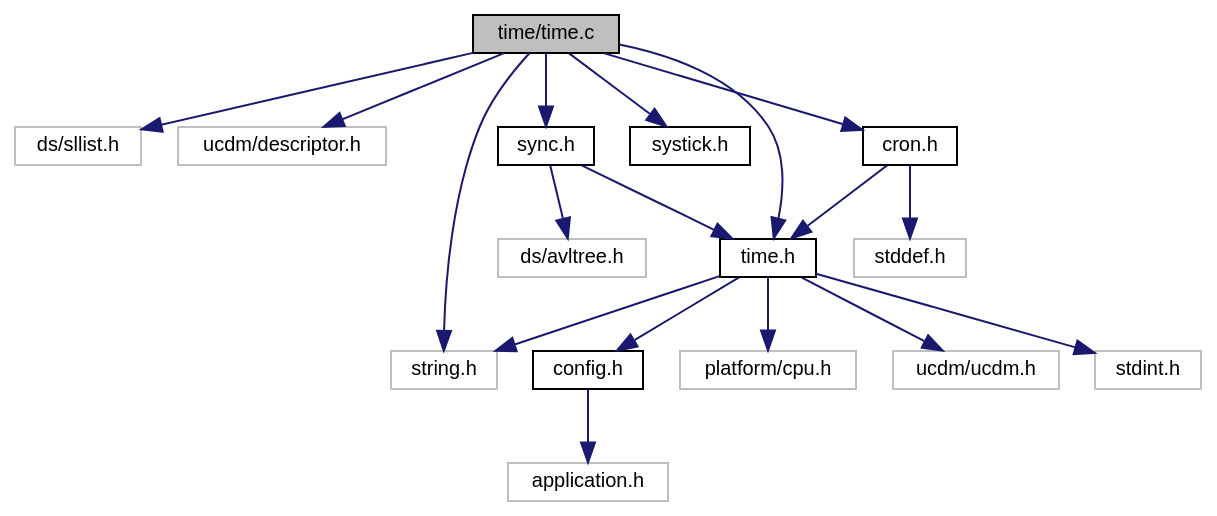
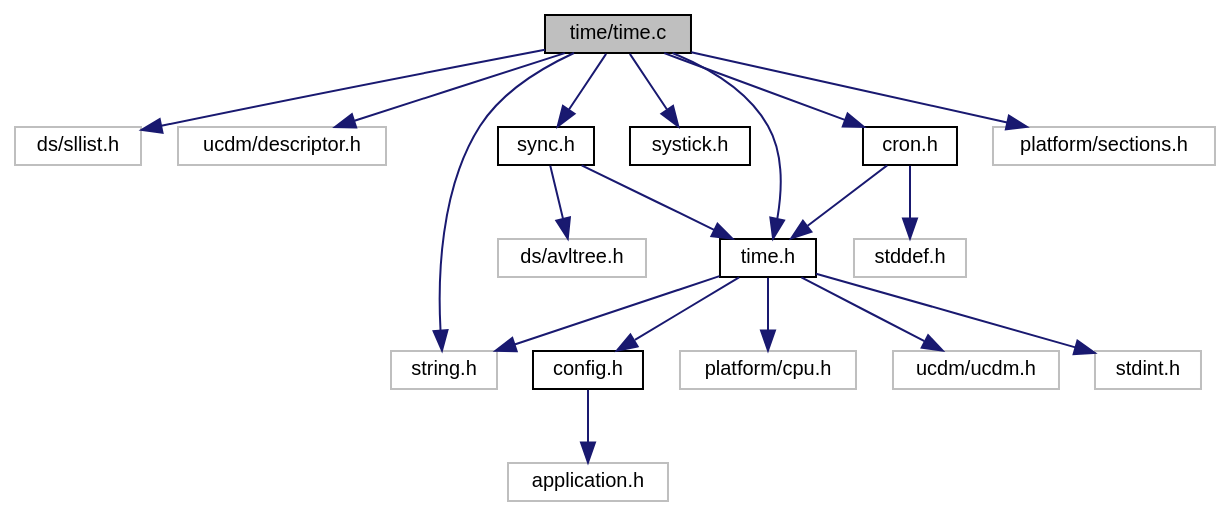
One commit to ebs-universe/piolib-time changed the diagram in time_8c__incl.dot. Above: the diagram before and after it, drawn with Graphviz. The commit also changed 41 other files, not shown here.

```diff
--- a/time_8c__incl.dot
+++ b/time_8c__incl.dot
@@ -1,40 +1,42 @@
 digraph "time/time.c"
 {
  // INTERACTIVE_SVG=YES
  // LATEX_PDF_SIZE
   bgcolor="transparent";
   edge [fontname="Helvetica",fontsize="10",labelfontname="Helvetica",labelfontsize="10"];
   node [fontname="Helvetica",fontsize="10",shape=record];
   Node1 [label="time/time.c",height=0.2,width=0.4,color="black", fillcolor="grey75", style="filled", fontcolor="black",tooltip="Time related function implementations."];
   Node1 -> Node2 [color="midnightblue",fontsize="10",style="solid",fontname="Helvetica"];
   Node2 [label="ds/sllist.h",height=0.2,width=0.4,color="grey75",tooltip=" "];
   Node1 -> Node3 [color="midnightblue",fontsize="10",style="solid",fontname="Helvetica"];
   Node3 [label="ucdm/descriptor.h",height=0.2,width=0.4,color="grey75",tooltip=" "];
   Node1 -> Node4 [color="midnightblue",fontsize="10",style="solid",fontname="Helvetica"];
   Node4 [label="string.h",height=0.2,width=0.4,color="grey75",tooltip=" "];
   Node1 -> Node5 [color="midnightblue",fontsize="10",style="solid",fontname="Helvetica"];
   Node5 [label="time.h",height=0.2,width=0.4,color="black",URL="$time_8h.html",tooltip="Time related functions for embebedded systems."];
   Node5 -> Node6 [color="midnightblue",fontsize="10",style="solid",fontname="Helvetica"];
   Node6 [label="stdint.h",height=0.2,width=0.4,color="grey75",tooltip=" "];
   Node5 -> Node4 [color="midnightblue",fontsize="10",style="solid",fontname="Helvetica"];
   Node5 -> Node7 [color="midnightblue",fontsize="10",style="solid",fontname="Helvetica"];
   Node7 [label="config.h",height=0.2,width=0.4,color="black",URL="$config_8h_source.html",tooltip=" "];
   Node7 -> Node8 [color="midnightblue",fontsize="10",style="solid",fontname="Helvetica"];
   Node8 [label="application.h",height=0.2,width=0.4,color="grey75",tooltip=" "];
   Node5 -> Node9 [color="midnightblue",fontsize="10",style="solid",fontname="Helvetica"];
   Node9 [label="platform/cpu.h",height=0.2,width=0.4,color="grey75",tooltip=" "];
   Node5 -> Node10 [color="midnightblue",fontsize="10",style="solid",fontname="Helvetica"];
   Node10 [label="ucdm/ucdm.h",height=0.2,width=0.4,color="grey75",tooltip=" "];
   Node1 -> Node11 [color="midnightblue",fontsize="10",style="solid",fontname="Helvetica"];
   Node11 [label="systick.h",height=0.2,width=0.4,color="black",URL="$systick_8h_source.html",tooltip=" "];
   Node1 -> Node12 [color="midnightblue",fontsize="10",style="solid",fontname="Helvetica"];
   Node12 [label="sync.h",height=0.2,width=0.4,color="black",URL="$sync_8h.html",tooltip="Time synchonization functions for embebedded systems."];
   Node12 -> Node13 [color="midnightblue",fontsize="10",style="solid",fontname="Helvetica"];
   Node13 [label="ds/avltree.h",height=0.2,width=0.4,color="grey75",tooltip=" "];
   Node12 -> Node5 [color="midnightblue",fontsize="10",style="solid",fontname="Helvetica"];
   Node1 -> Node14 [color="midnightblue",fontsize="10",style="solid",fontname="Helvetica"];
   Node14 [label="cron.h",height=0.2,width=0.4,color="black",URL="$cron_8h.html",tooltip="Cron-like scheduling framework for embebedded systems."];
   Node14 -> Node15 [color="midnightblue",fontsize="10",style="solid",fontname="Helvetica"];
   Node15 [label="stddef.h",height=0.2,width=0.4,color="grey75",tooltip=" "];
   Node14 -> Node5 [color="midnightblue",fontsize="10",style="solid",fontname="Helvetica"];
+  Node1 -> Node16 [color="midnightblue",fontsize="10",style="solid",fontname="Helvetica"];
+  Node16 [label="platform/sections.h",height=0.2,width=0.4,color="grey75",tooltip=" "];
 }
```
